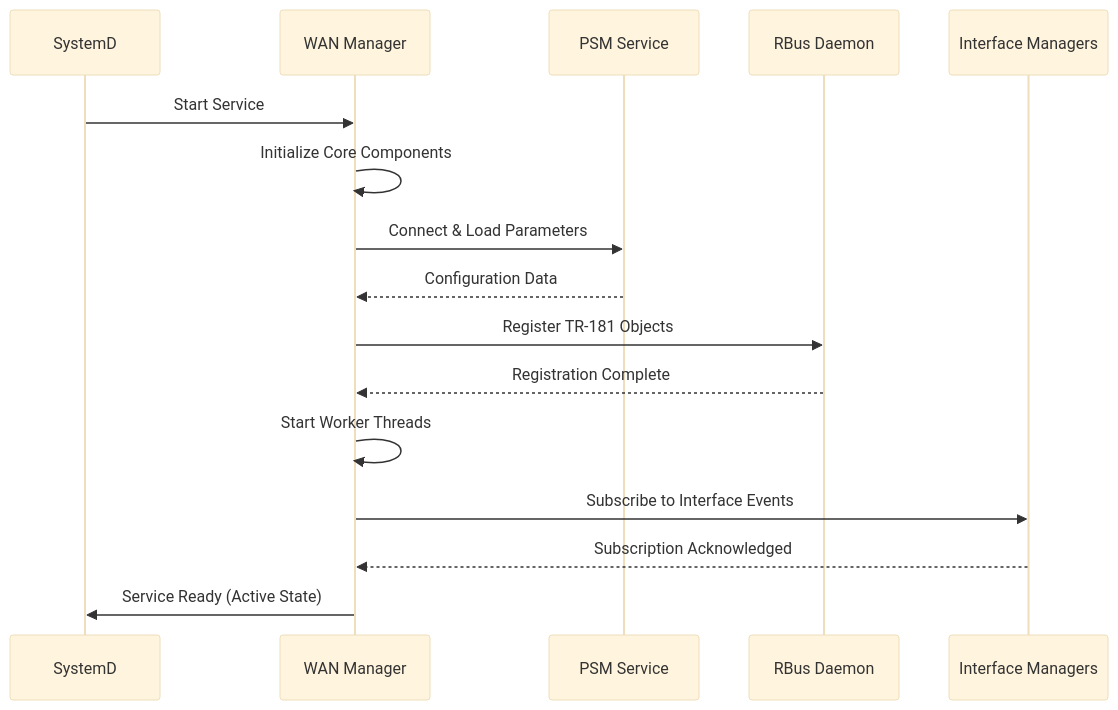
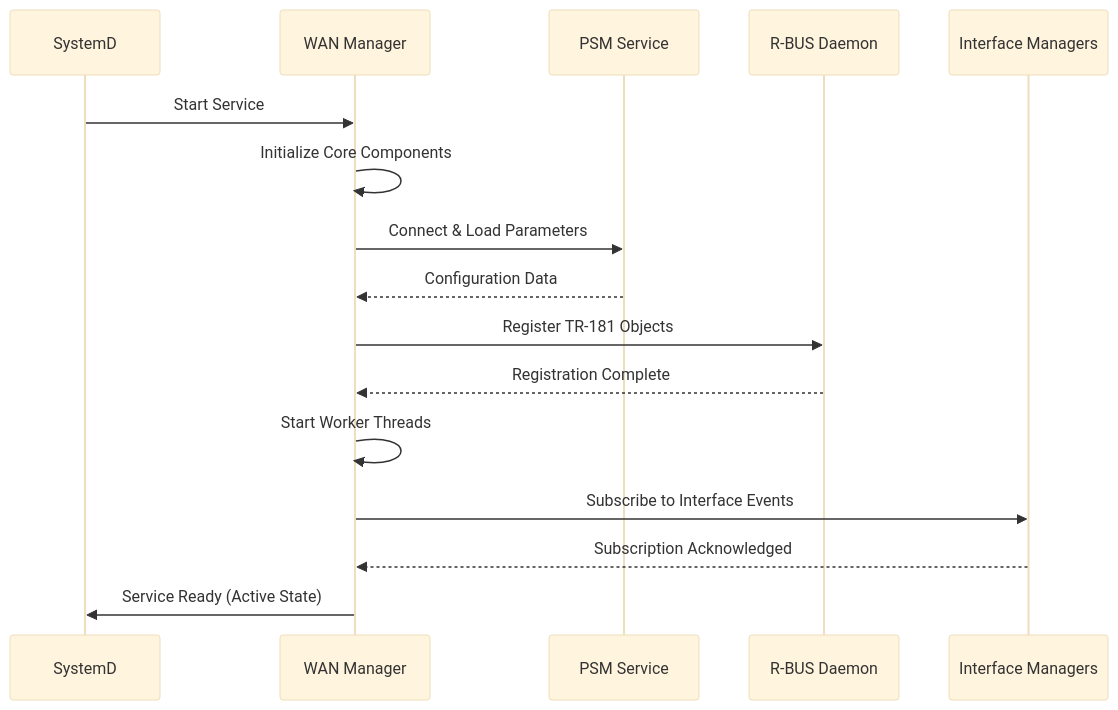
One commit to rdkcentral/wan-manager changed the fourth of 7 diagrams in docs/README.md. Above: the diagram before and after it, drawn with Mermaid (base theme). The commit also changed other lines of this file, not shown here.

````diff
--- a/docs/README.md
+++ b/docs/README.md
@@ -261,19 +257,19 @@
 ```mermaid
 sequenceDiagram
     participant Init as SystemD
     participant WM as WAN Manager
     participant PSM as PSM Service
-    participant RBus as RBus Daemon
+    participant R-Bus as R-BUS Daemon
     participant IM as Interface Managers
 
     Init->>WM: Start Service
     WM->>WM: Initialize Core Components
     WM->>PSM: Connect & Load Parameters
     PSM-->>WM: Configuration Data
-    WM->>RBus: Register TR-181 Objects
-    RBus-->>WM: Registration Complete
+    WM->>R-Bus: Register TR-181 Objects
+    R-Bus-->>WM: Registration Complete
     WM->>WM: Start Worker Threads
     WM->>IM: Subscribe to Interface Events
     IM-->>WM: Subscription Acknowledged
     WM->>Init: Service Ready (Active State)
 ```
````
